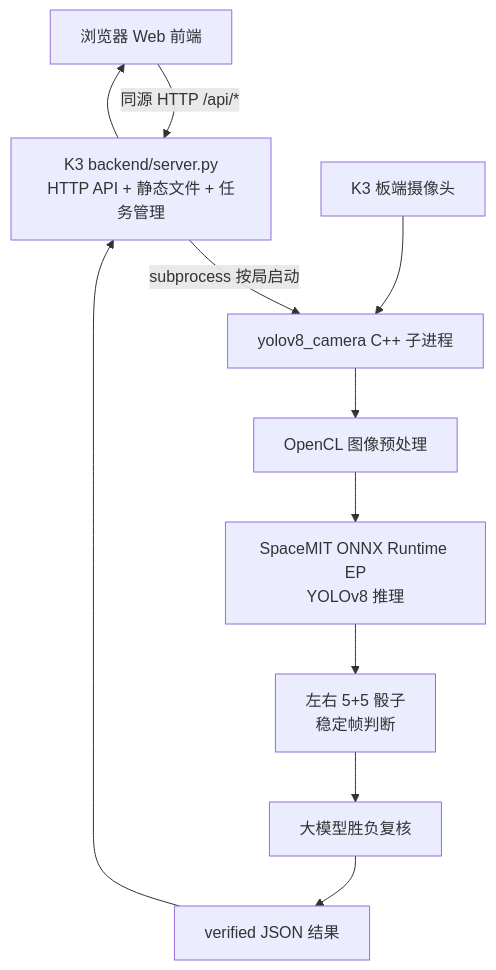
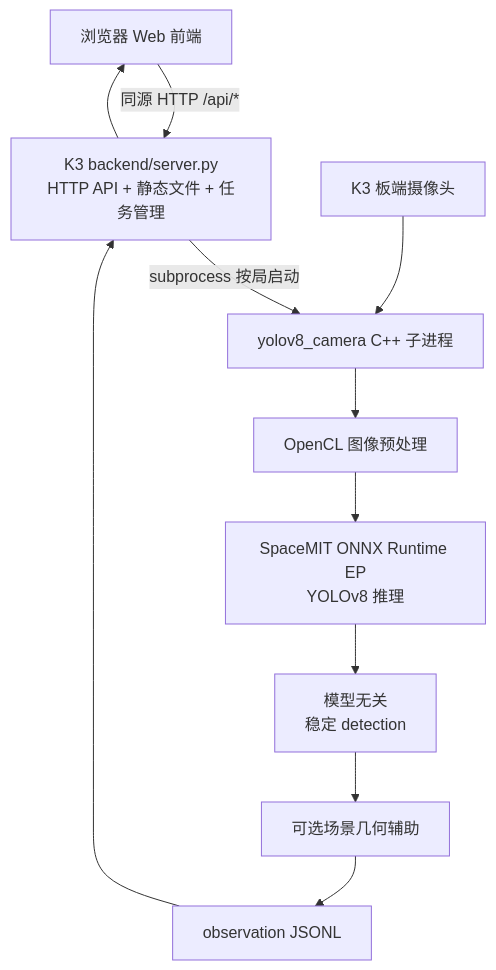
The first of 2 diagrams in AI_PROJECT_CONTEXT.md (Fitz8863/spacemitk3-dice_demo), drawn with Mermaid before and after one commit. The commit also changed other lines of this file and 34 other files, not shown here.

````diff
--- a/AI_PROJECT_CONTEXT.md
+++ b/AI_PROJECT_CONTEXT.md
@@ -128,18 +128,18 @@
 ```mermaid
 flowchart TD
     Browser["浏览器 Web 前端"]
     Gateway["K3 backend/server.py\nHTTP API + 静态文件 + 任务管理"]
     Vision["yolov8_camera C++ 子进程"]
     Camera["K3 板端摄像头"]
     Preprocess["OpenCL 图像预处理"]
     Infer["SpaceMIT ONNX Runtime EP\nYOLOv8 推理"]
-    Stable["左右 5+5 骰子\n稳定帧判断"]
-    LLM["大模型胜负复核"]
-    Result["verified JSON 结果"]
+    Stable["模型无关\n稳定 detection"]
+    Assist["可选场景几何辅助"]
+    Result["observation JSONL"]
 
     Browser -->|"同源 HTTP /api/*"| Gateway
     Gateway -->|"subprocess 按局启动"| Vision
     Camera --> Vision
-    Vision --> Preprocess --> Infer --> Stable --> LLM --> Result
+    Vision --> Preprocess --> Infer --> Stable --> Assist --> Result
     Result --> Gateway --> Browser
 ```
````
